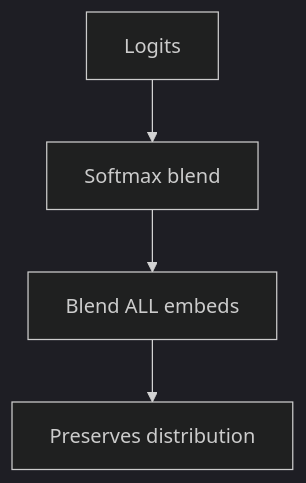
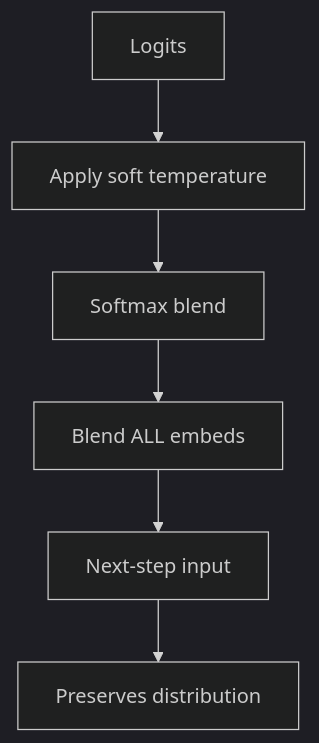
One commit to danilop/micro-gpt-and-beyond changed the diagram in walk-the-code/diagrams/soft_soft_path.mmd. Above: the diagram before and after it, drawn with Mermaid (dark theme). The commit also changed 59 other files, not shown here.

Commit message:
Improve lab diagrams and mappings

```diff
--- a/walk-the-code/diagrams/soft_soft_path.mmd
+++ b/walk-the-code/diagrams/soft_soft_path.mmd
@@ -1,4 +1,6 @@
 graph TD
-    logits[Logits] --> softmax_blend[Softmax blend]
+    logits[Logits] --> temp[Apply soft temperature]
+    temp --> softmax_blend[Softmax blend]
     softmax_blend --> weighted[Blend ALL embeds]
-    weighted --> preserves[Preserves distribution]
+    weighted --> next_in[Next-step input]
+    next_in --> preserves[Preserves distribution]
```
